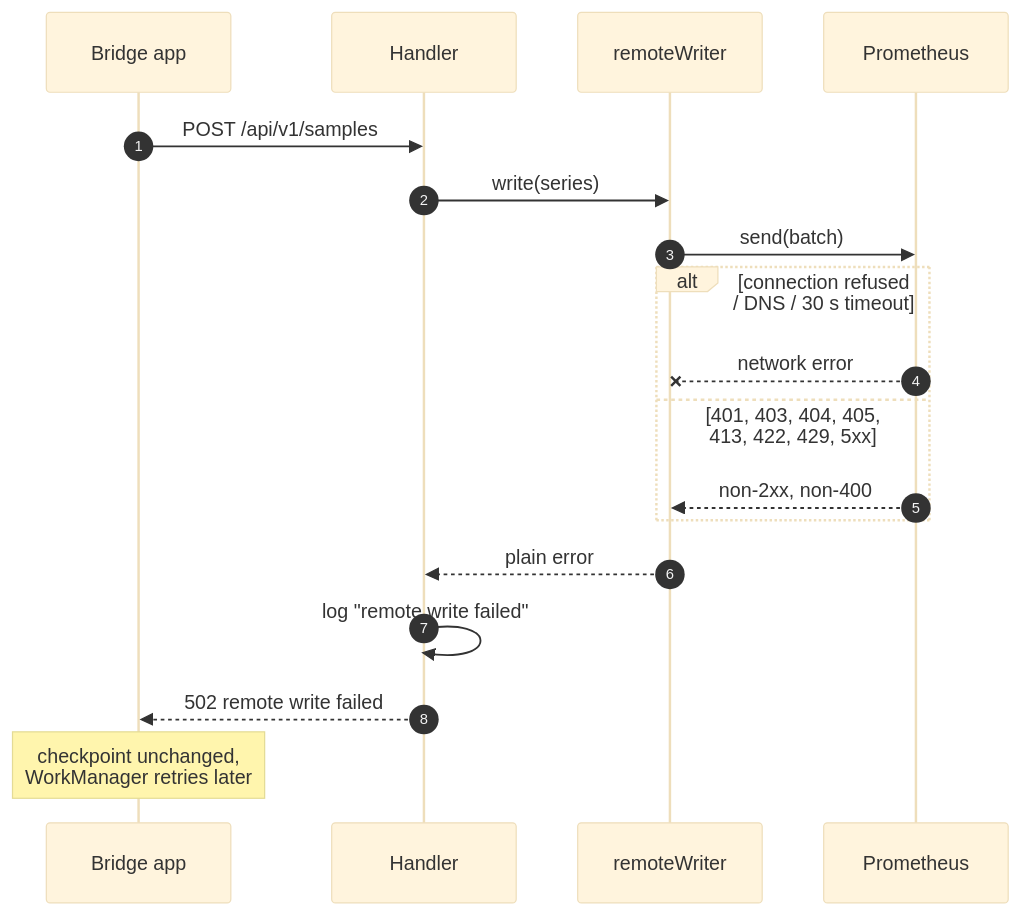
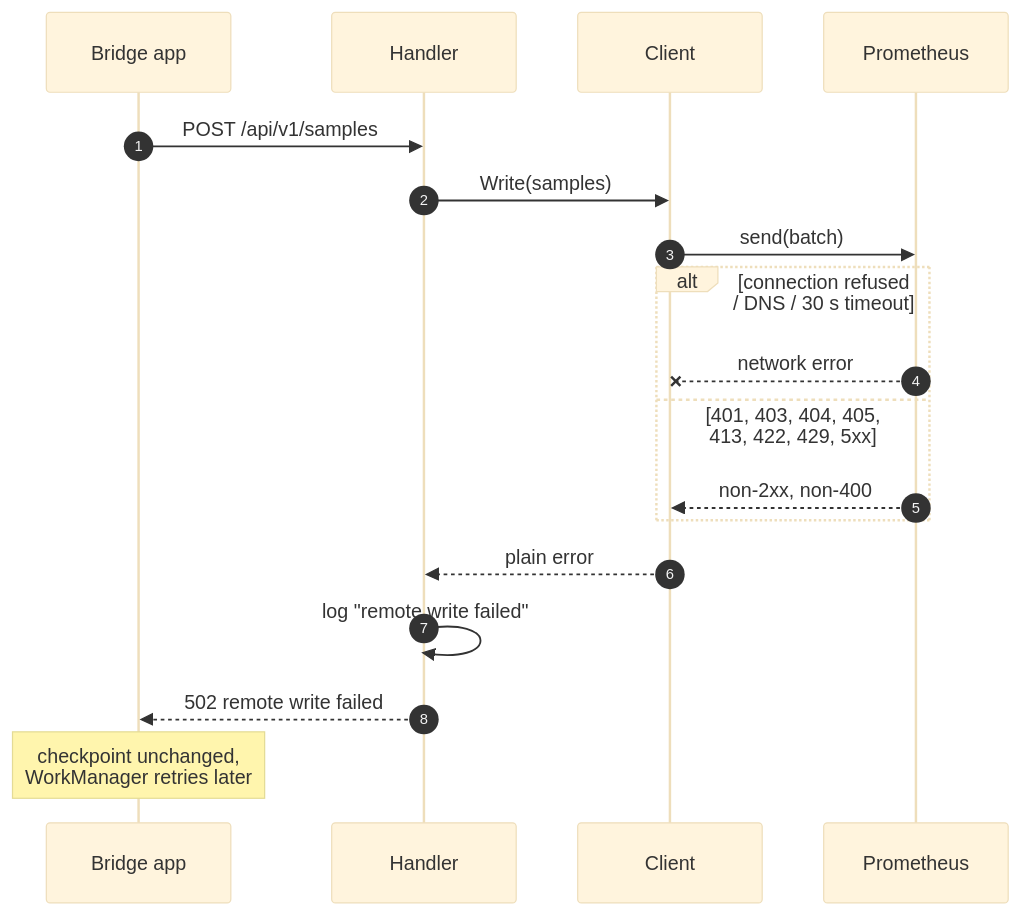
Before and after one commit to MateuxLucax/health-connect-prometheus-exporter: the fourth of 6 diagrams in docs/sequences.md, drawn with Mermaid (base theme). The commit also changed other lines of this file and 26 other files, not shown here.

````diff
--- a/docs/sequences.md
+++ b/docs/sequences.md
@@ -107,21 +107,21 @@
 ```mermaid
 sequenceDiagram
     autonumber
     participant App as Bridge app
     participant H as Handler
-    participant W as remoteWriter
+    participant W as Client
     participant P as Prometheus
 
     App->>H: POST /api/v1/samples
-    H->>W: write(series)
+    H->>W: Write(samples)
     W->>P: send(batch)
     alt connection refused / DNS / 30 s timeout
         P--xW: network error
     else 401, 403, 404, 405, 413, 422, 429, 5xx
         P-->>W: non-2xx, non-400
     end
     W-->>H: plain error
     H->>H: log "remote write failed"
     H-->>App: 502 remote write failed
     Note over App: checkpoint unchanged,<br/>WorkManager retries later
 ```
````
